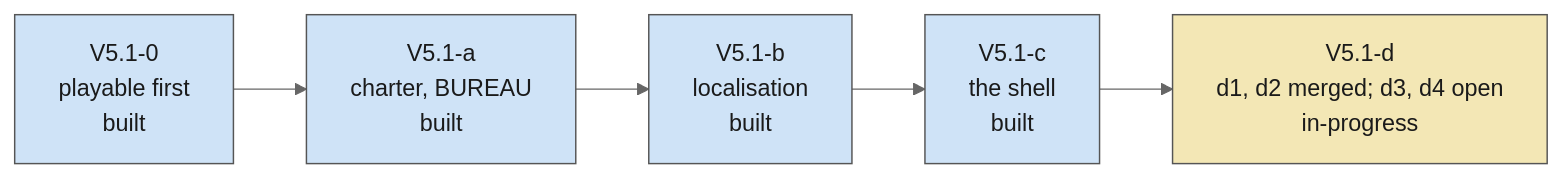
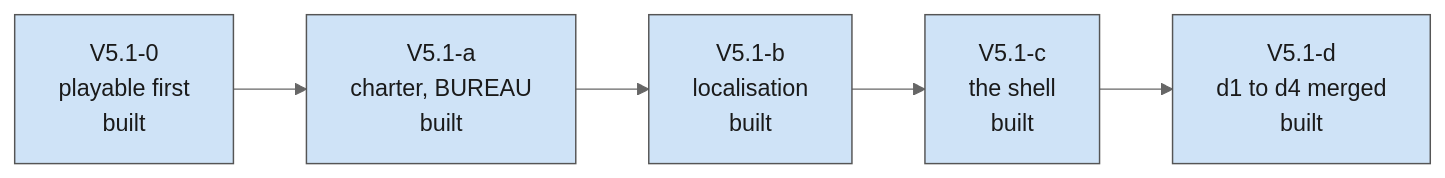
One commit to powerbassist/World-simulator changed the second of 2 diagrams in docs/tiers/v5.md. Above: the diagram before and after it, drawn with Mermaid (neutral theme). The commit also changed other lines of this file and 3 other files, not shown here.

````diff
--- a/docs/tiers/v5.md
+++ b/docs/tiers/v5.md
@@ -80,13 +80,13 @@
 ```mermaid
 flowchart LR
   V51_0["V5.1-0<br/>playable first<br/>built"]:::built
   V51_a["V5.1-a<br/>charter, BUREAU<br/>built"]:::built
   V51_b["V5.1-b<br/>localisation<br/>built"]:::built
   V51_c["V5.1-c<br/>the shell<br/>built"]:::built
-  V51_d["V5.1-d<br/>d1, d2 merged; d3, d4 open<br/>in-progress"]:::inprogress
+  V51_d["V5.1-d<br/>d1 to d4 merged<br/>built"]:::built
   V51_0 --> V51_a --> V51_b --> V51_c --> V51_d
   classDef closed fill:#cdebd3,stroke:#555,color:#1a1a1a
   classDef built fill:#cfe3f7,stroke:#555,color:#1a1a1a
   classDef inprogress fill:#f3e7b5,stroke:#555,color:#1a1a1a
   classDef planned fill:#ececec,stroke:#555,color:#1a1a1a,stroke-dasharray:4 3
 ```
````
